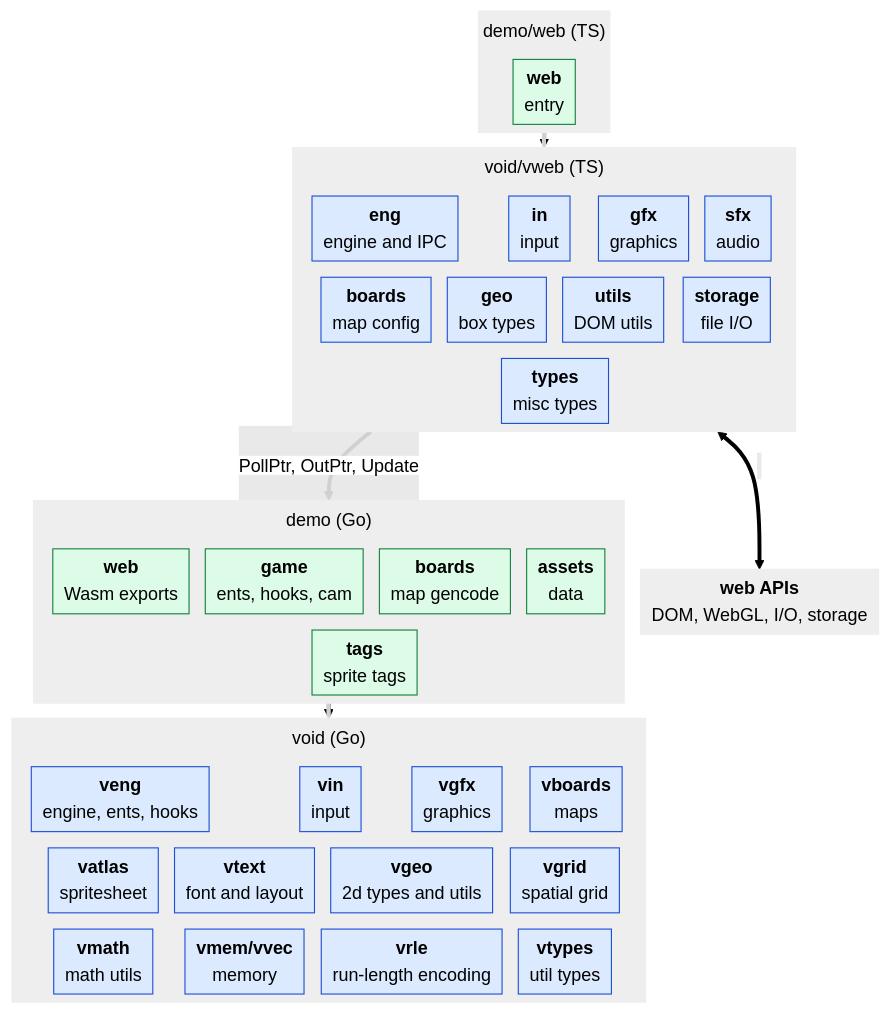
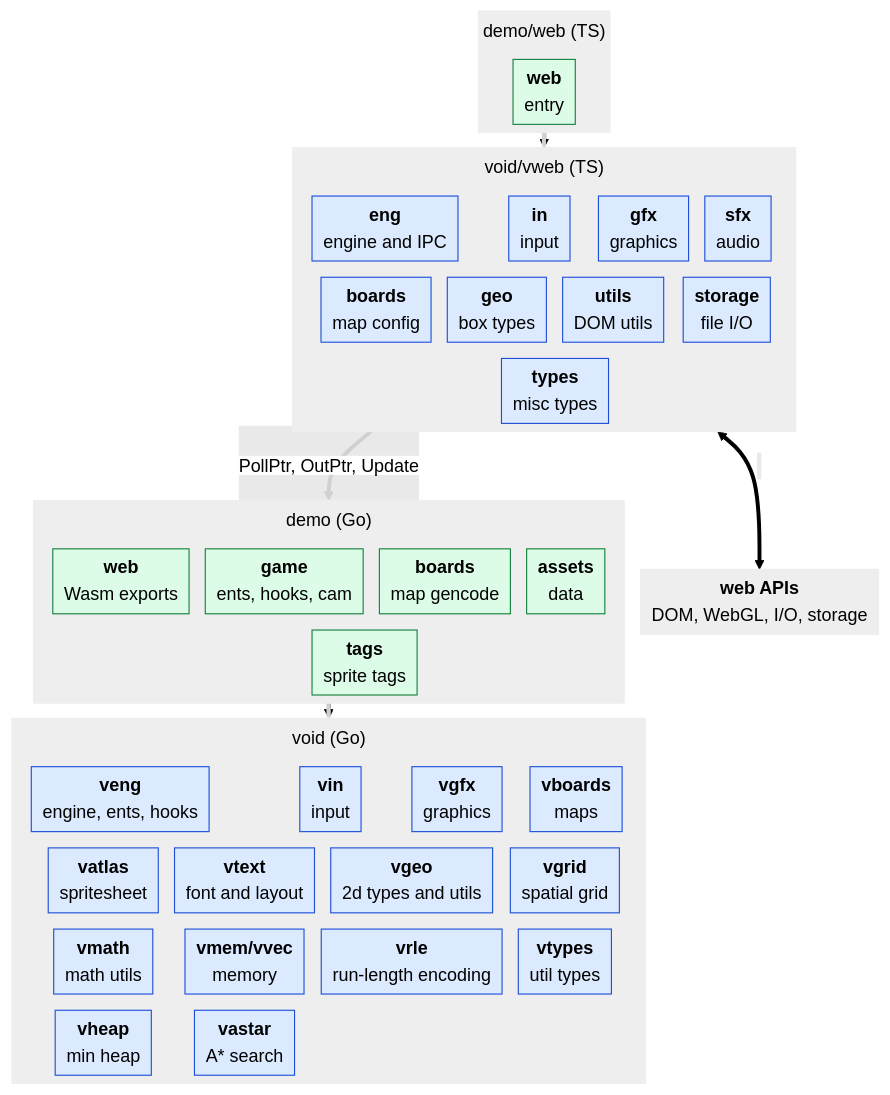
One commit to oidoid/void changed the diagram in readme.md. Above: the diagram before and after it, drawn with Mermaid.

Commit message:
update diagram

```diff
--- a/readme.md
+++ b/readme.md
@@ -101,8 +101,11 @@
     vrle["<b>vrle</b><br/>run-length encoding"]:::voidCode
     vtypes["<b>vtypes</b><br/>util types"]:::voidCode
 
-    veng ~~~ vatlas ~~~ vmath
-    vin ~~~ vtext ~~~ vvec
+    vheap["<b>vheap</b><br/>min heap"]:::voidCode
+    vastar["<b>vastar</b><br/>A* search"]:::voidCode
+
+    veng ~~~ vatlas ~~~ vmath ~~~ vheap
+    vin ~~~ vtext ~~~ vvec ~~~ vastar
     vgfx ~~~ vgeo ~~~ vrle
     vboards ~~~ vgrid ~~~ vtypes
     veng ~~~ vtext
```
